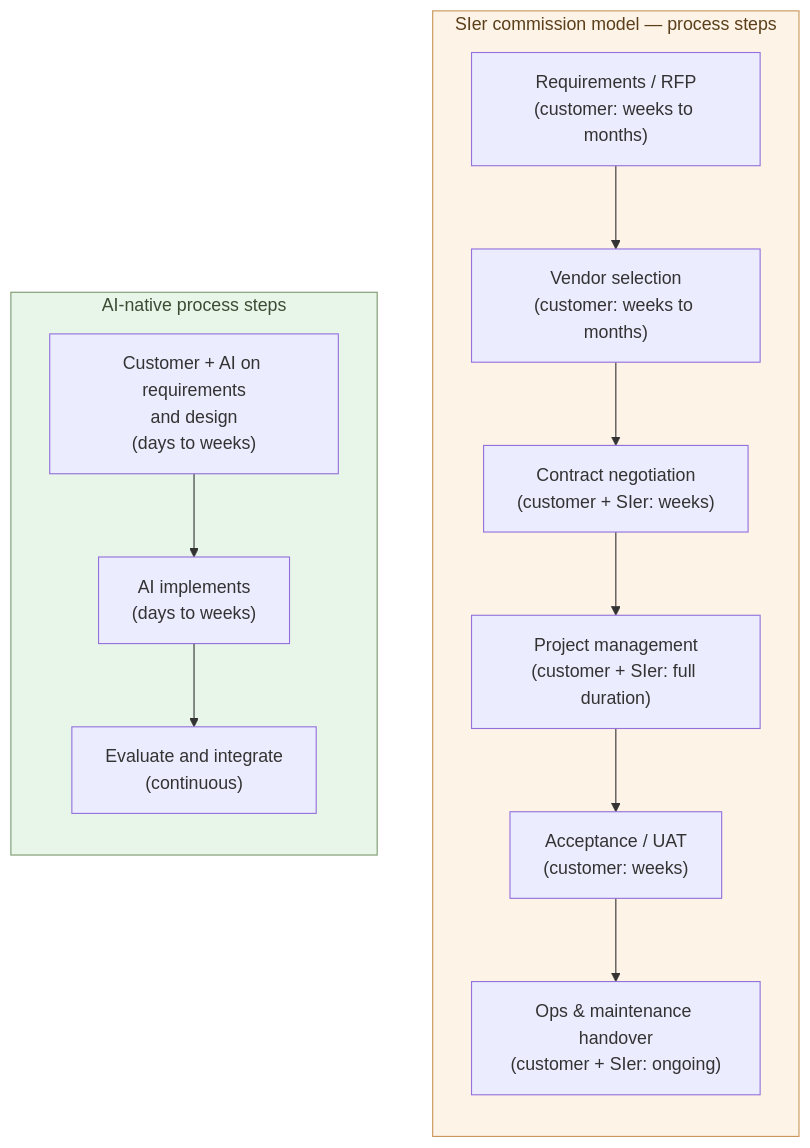
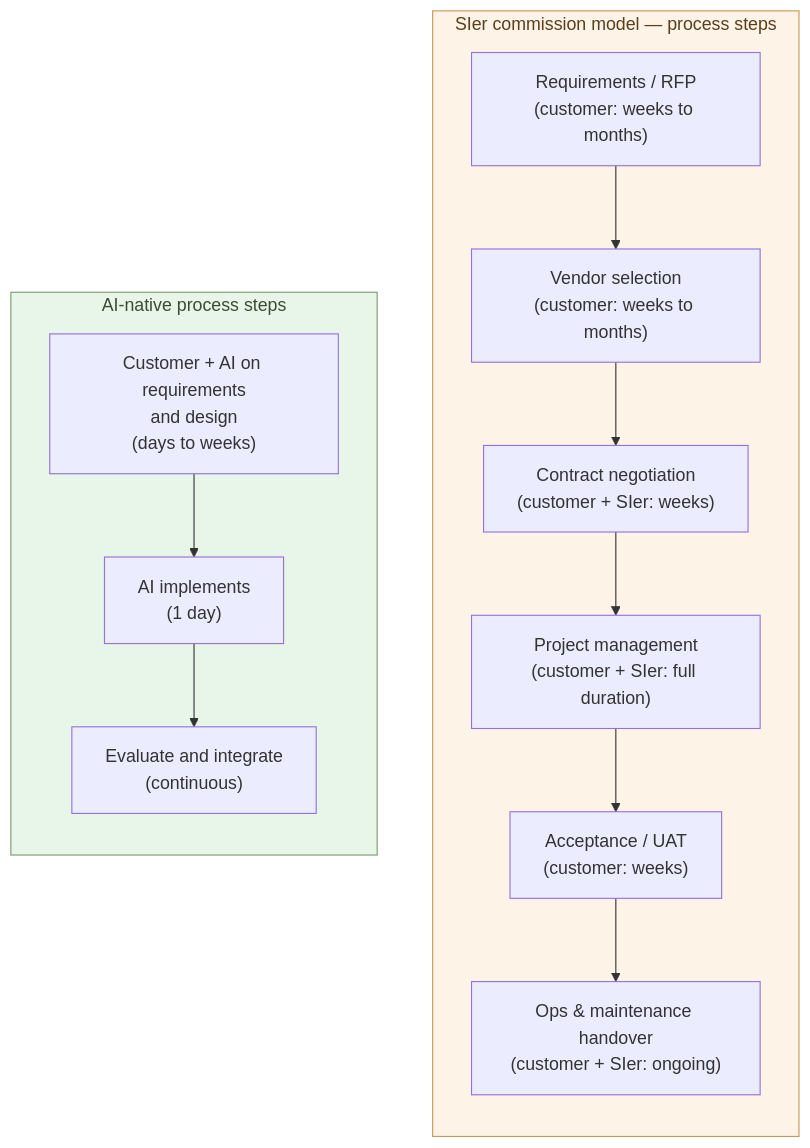
The diagram in articles/ai-native-ways/software/18-sier-uneconomic/en.md (aiseed-dev/website), drawn with Mermaid before and after one commit. The commit also changed other lines of this file and 1 other file, not shown here.

Commit message:
software 3-03: AI implementation step is one day, not days-to-weeks
Update the AI-native flow node and align the loop prose. Parallel ja/en.

Claude-Session: https://claude.ai/code/session_01JWSjUtp9JogXnFvcXErbX3

````diff
--- a/articles/ai-native-ways/software/18-sier-uneconomic/en.md
+++ b/articles/ai-native-ways/software/18-sier-uneconomic/en.md
@@ -92,26 +92,26 @@
 ```mermaid
 flowchart TB
   subgraph Sier["SIer commission model — process steps"]
     direction TB
     S1["Requirements / RFP<br/>(customer: weeks to months)"]
     S2["Vendor selection<br/>(customer: weeks to months)"]
     S3["Contract negotiation<br/>(customer + SIer: weeks)"]
     S4["Project management<br/>(customer + SIer: full duration)"]
     S5["Acceptance / UAT<br/>(customer: weeks)"]
     S6["Ops & maintenance handover<br/>(customer + SIer: ongoing)"]
     S1 --> S2 --> S3 --> S4 --> S5 --> S6
   end
 
   subgraph AI["AI-native process steps"]
     direction TB
     A1["Customer + AI on requirements<br/>and design<br/>(days to weeks)"]
-    A2["AI implements<br/>(days to weeks)"]
+    A2["AI implements<br/>(1 day)"]
     A3["Evaluate and integrate<br/>(continuous)"]
     A1 --> A2 --> A3
   end
 
   classDef good fill:#e8f5e9,stroke:#7a9a6d,color:#3a4d34
   classDef bad fill:#fef3e7,stroke:#c89559,color:#5a3f1a
   class AI good
   class Sier bad
 ```
````
